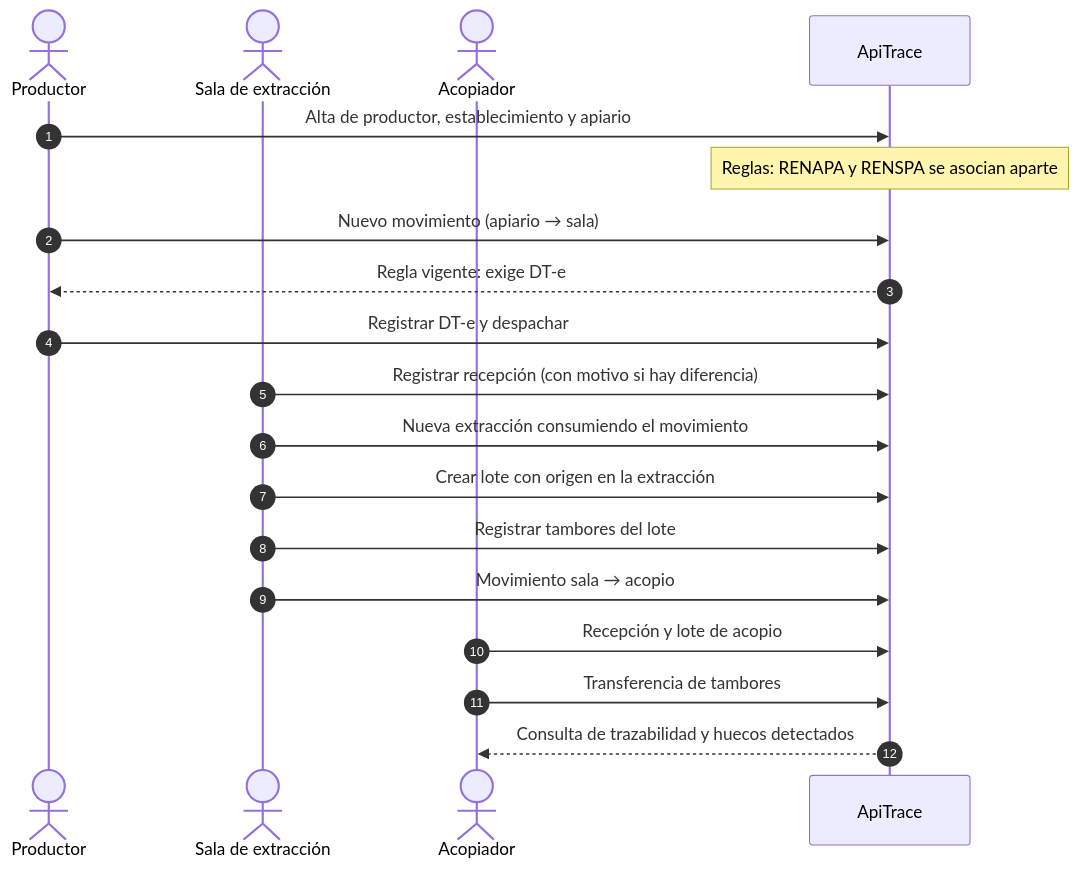
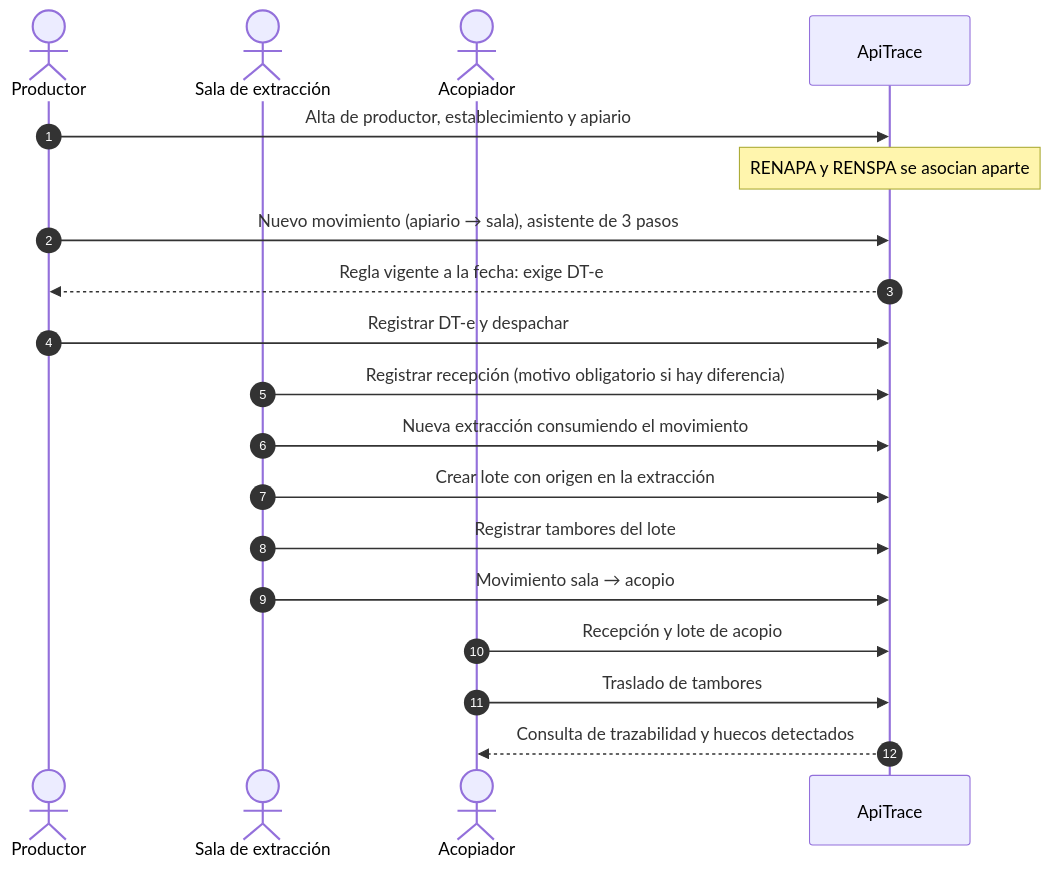
One commit to josephred/ApiTrace changed the fourth of 4 diagrams in 06-Guia-de-Pantallas-ApiTrace.md. Above: the diagram before and after it, drawn with Mermaid. The commit also changed other lines of this file and 14 other files, not shown here.

````diff
--- a/06-Guia-de-Pantallas-ApiTrace.md
+++ b/06-Guia-de-Pantallas-ApiTrace.md
@@ -921,22 +852,22 @@
 ```mermaid
 sequenceDiagram
     autonumber
     actor P as Productor
     actor S as Sala de extracción
     actor A as Acopiador
-    participant BT as ApiTrace
+    participant AT as ApiTrace
 
-    P->>BT: Alta de productor, establecimiento y apiario
-    Note over BT: Reglas: RENAPA y RENSPA se asocian aparte
-    P->>BT: Nuevo movimiento (apiario → sala)
-    BT-->>P: Regla vigente: exige DT-e
-    P->>BT: Registrar DT-e y despachar
-    S->>BT: Registrar recepción (con motivo si hay diferencia)
-    S->>BT: Nueva extracción consumiendo el movimiento
-    S->>BT: Crear lote con origen en la extracción
-    S->>BT: Registrar tambores del lote
-    S->>BT: Movimiento sala → acopio
-    A->>BT: Recepción y lote de acopio
-    A->>BT: Transferencia de tambores
-    BT-->>A: Consulta de trazabilidad y huecos detectados
+    P->>AT: Alta de productor, establecimiento y apiario
+    Note over AT: RENAPA y RENSPA se asocian aparte
+    P->>AT: Nuevo movimiento (apiario → sala), asistente de 3 pasos
+    AT-->>P: Regla vigente a la fecha: exige DT-e
+    P->>AT: Registrar DT-e y despachar
+    S->>AT: Registrar recepción (motivo obligatorio si hay diferencia)
+    S->>AT: Nueva extracción consumiendo el movimiento
+    S->>AT: Crear lote con origen en la extracción
+    S->>AT: Registrar tambores del lote
+    S->>AT: Movimiento sala → acopio
+    A->>AT: Recepción y lote de acopio
+    A->>AT: Traslado de tambores
+    AT-->>A: Consulta de trazabilidad y huecos detectados
 ```
````
